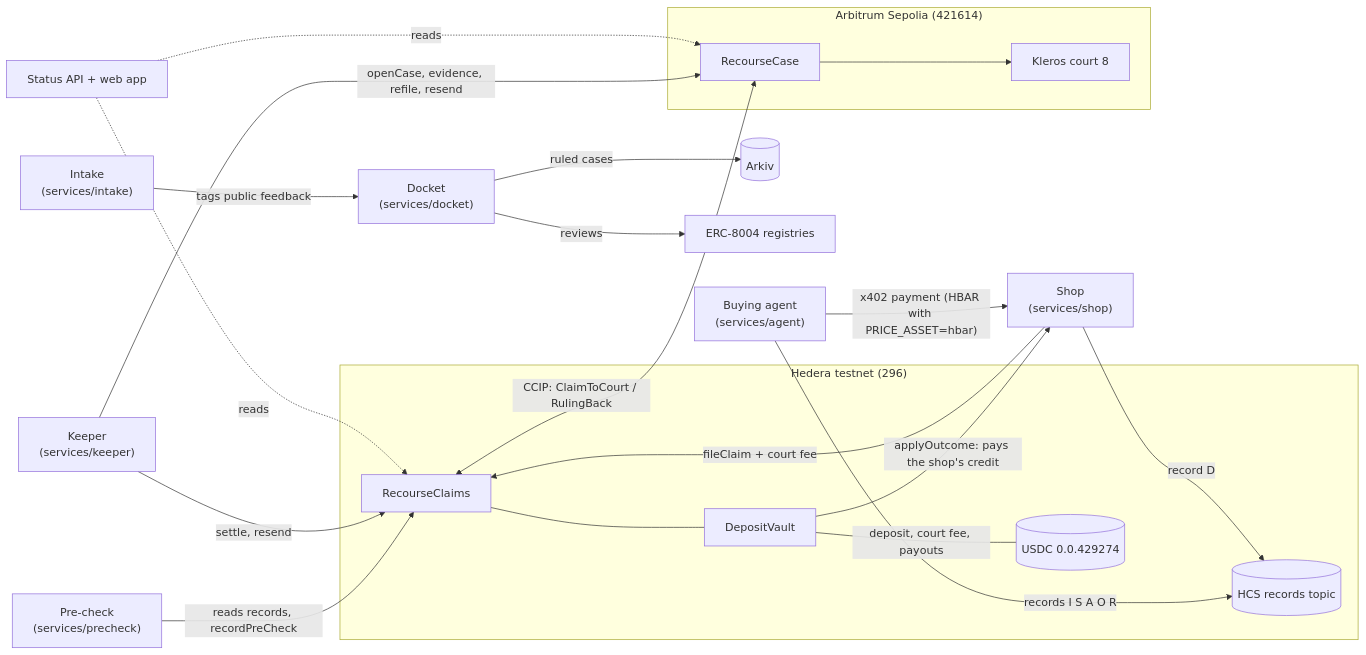
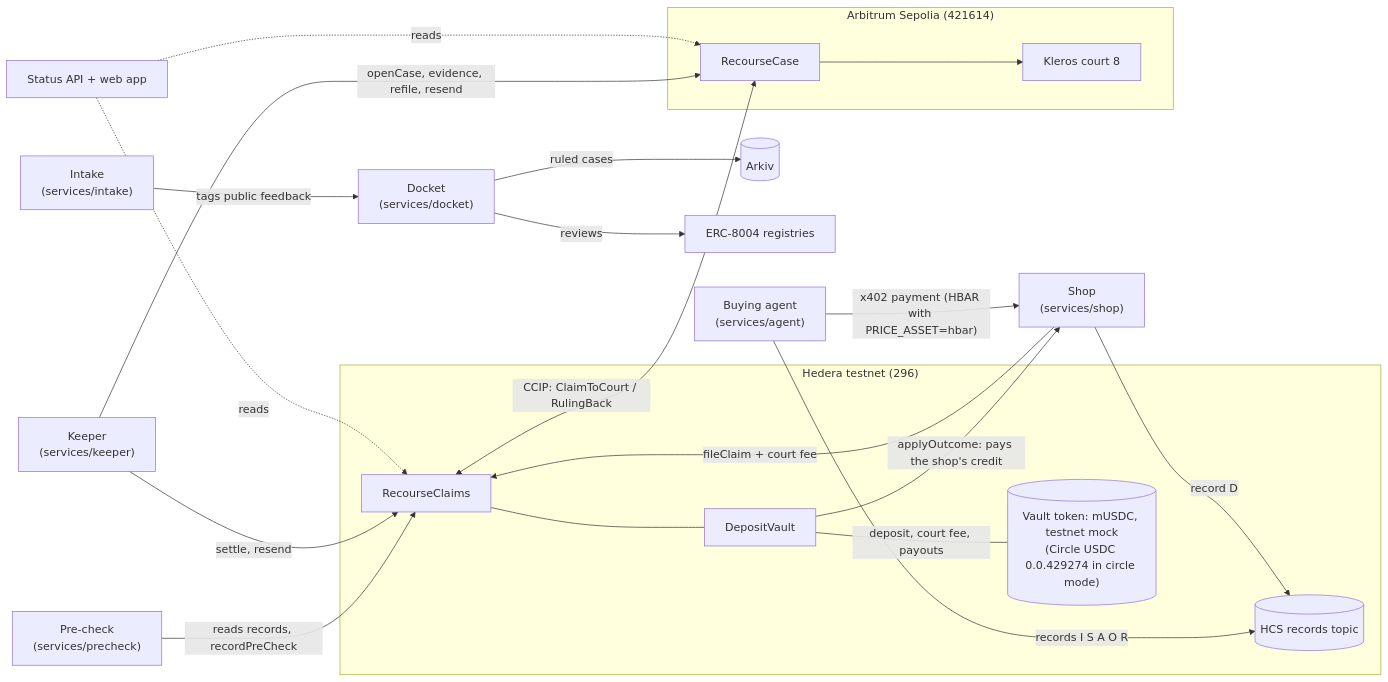
The first of 2 diagrams in README.md (mani99brar/recourse), drawn with Mermaid before and after one commit. The commit also changed other lines of this file and 54 other files, not shown here.

First line of the commit message:
Read the vault token from the deployment record everywhere

````diff
--- a/README.md
+++ b/README.md
@@ -25,30 +25,30 @@
 ```mermaid
 flowchart LR
   subgraph H["Hedera testnet (296)"]
     HCS[("HCS records topic")]
-    USDC[("USDC 0.0.429274")]
+    USDC[("Vault token: mUSDC, testnet mock<br/>(Circle USDC 0.0.429274 in circle mode)")]
     CL["RecourseClaims"]
     V["DepositVault"]
     CL --- V
   end
   subgraph A["Arbitrum Sepolia (421614)"]
     RC["RecourseCase"]
     KC["Kleros court 8"]
     RC --> KC
   end
   AG["Buying agent<br/>(services/agent)"] -- "x402 payment (HBAR with PRICE_ASSET=hbar)" --> SH["Shop<br/>(services/shop)"]
   AG -- "records I S A O R" --> HCS
   SH -- "record D" --> HCS
   V -- "deposit, court fee, payouts" --- USDC
   SH -- "fileClaim + court fee" --> CL
   PC["Pre-check<br/>(services/precheck)"] -- "reads records, recordPreCheck" --> CL
   CL <-- "CCIP: ClaimToCourt / RulingBack" --> RC
   KP["Keeper<br/>(services/keeper)"] -- "openCase, evidence, refile, resend" --> RC
   KP -- "settle, resend" --> CL
   V -- "applyOutcome: pays the shop's credit" --> SH
   ST["Status API + web app"] -. reads .-> CL
   ST -. reads .-> RC
   DK["Docket<br/>(services/docket)"] -- "ruled cases" --> AR[("Arkiv")]
   DK -- "reviews" --> ER["ERC-8004 registries"]
   IN["Intake<br/>(services/intake)"] -- "tags public feedback" --> DK
 ```
````
